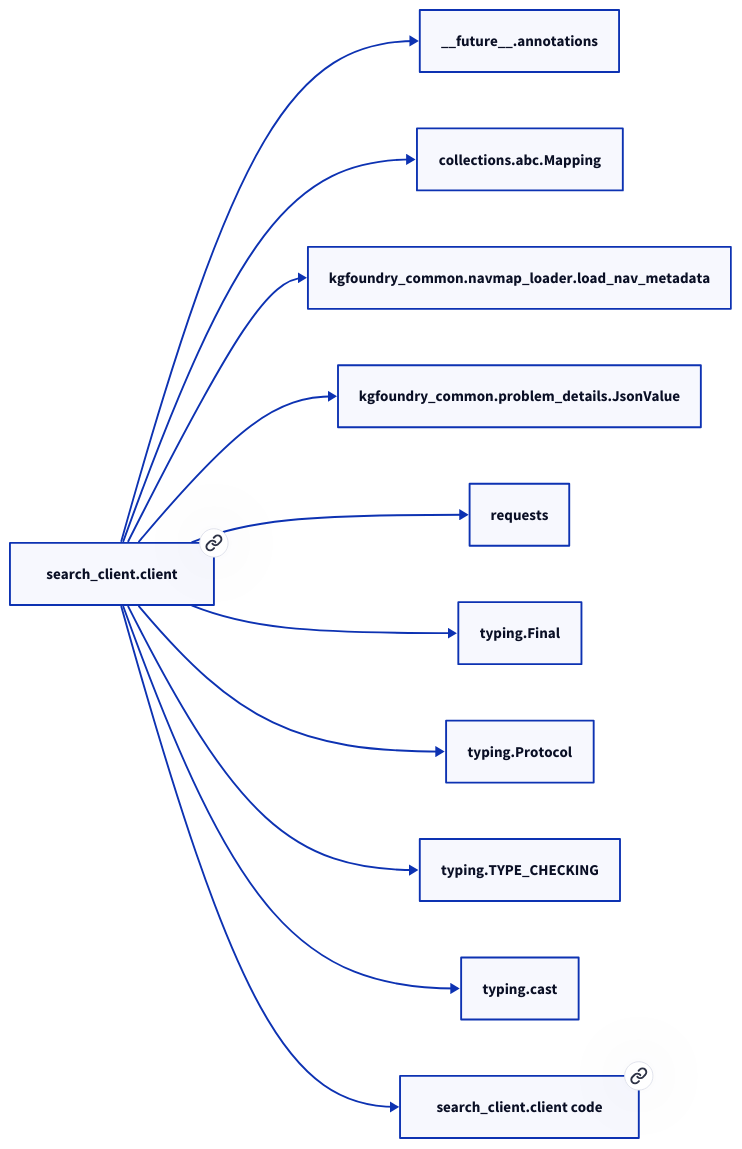
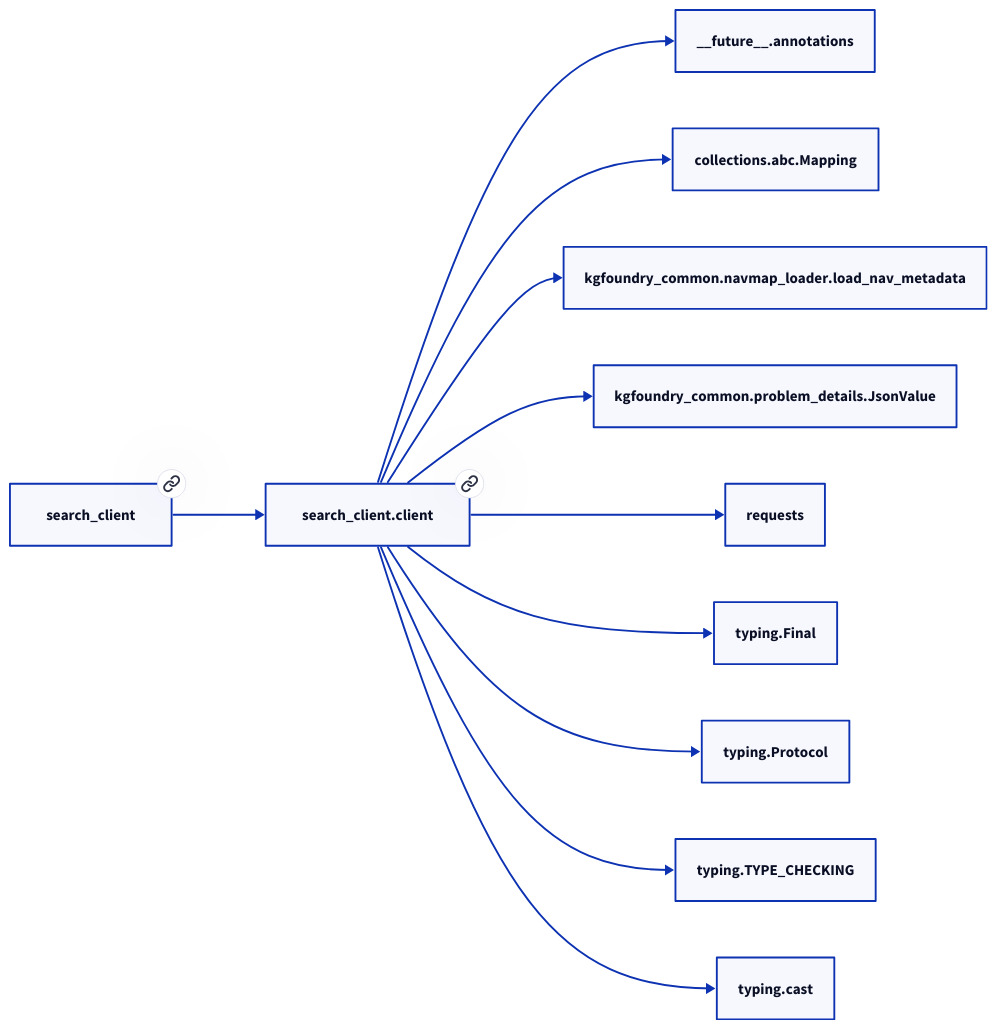
One commit to paul-heyse/kgforge changed the second of 2 diagrams in docs/modules/search_client/client.md. Above: the diagram before and after it, drawn with D2. The commit also changed other lines of this file and 208 other files, not shown here.

````diff
--- a/docs/modules/search_client/client.md
+++ b/docs/modules/search_client/client.md
@@ -62,24 +66,24 @@
 ```d2
 direction: right
-"search_client.client": "search_client.client" { link: "./search_client/client.md" }
+"search_client.client": "search_client.client" { link: "https://github.com/paul-heyse/kgfoundry/blob/main/src/search_client/client.py" }
 "__future__.annotations": "__future__.annotations"
 "search_client.client" -> "__future__.annotations"
 "collections.abc.Mapping": "collections.abc.Mapping"
 "search_client.client" -> "collections.abc.Mapping"
 "kgfoundry_common.navmap_loader.load_nav_metadata": "kgfoundry_common.navmap_loader.load_nav_metadata"
 "search_client.client" -> "kgfoundry_common.navmap_loader.load_nav_metadata"
 "kgfoundry_common.problem_details.JsonValue": "kgfoundry_common.problem_details.JsonValue"
 "search_client.client" -> "kgfoundry_common.problem_details.JsonValue"
 "requests": "requests"
 "search_client.client" -> "requests"
 "typing.Final": "typing.Final"
 "search_client.client" -> "typing.Final"
 "typing.Protocol": "typing.Protocol"
 "search_client.client" -> "typing.Protocol"
 "typing.TYPE_CHECKING": "typing.TYPE_CHECKING"
 "search_client.client" -> "typing.TYPE_CHECKING"
 "typing.cast": "typing.cast"
 "search_client.client" -> "typing.cast"
-"search_client.client_code": "search_client.client code" { link: "https://github.com/kgfoundry/kgfoundry/blob/main/src/search_client/client.py" }
-"search_client.client" -> "search_client.client_code" { style: dashed }
+"search_client": "search_client" { link: "https://github.com/paul-heyse/kgfoundry/blob/main/src/search_client/__init__.py" }
+"search_client" -> "search_client.client" { style: dashed }
 ```
````
